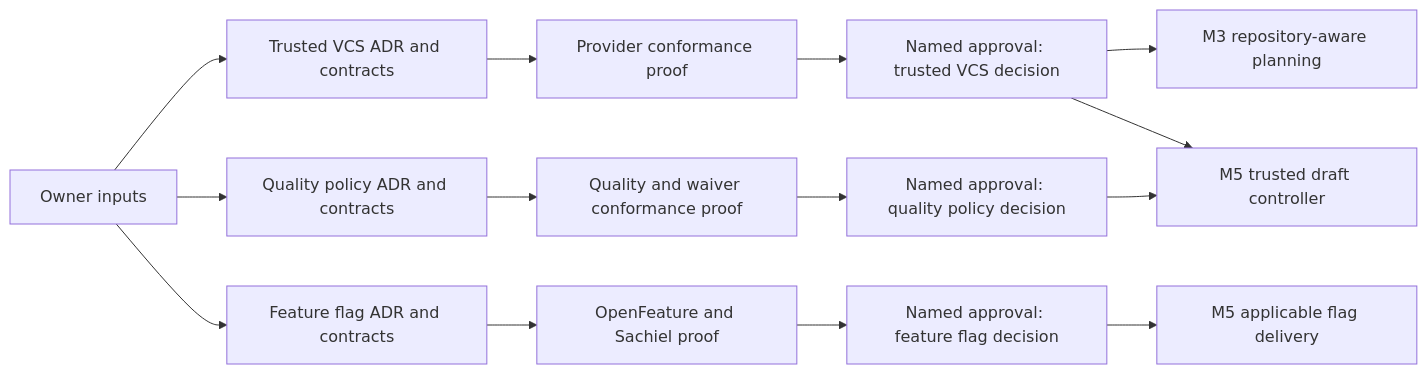
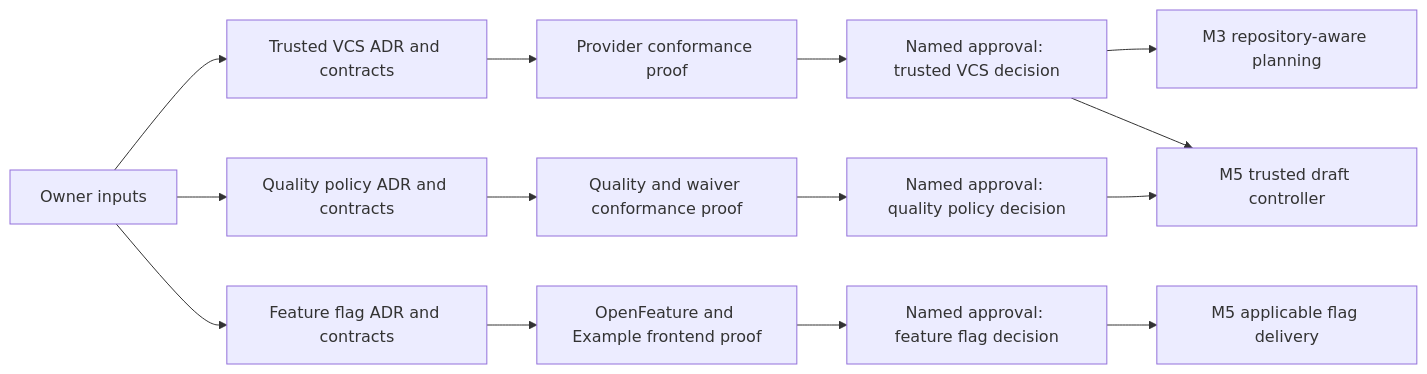
Before and after one commit to faocampo/curve: the diagram in docs/technical/d008-d010-d011-decision-readiness.md, drawn with Mermaid. The commit also changed other lines of this file and 266 other files, not shown here.

````diff
--- a/docs/technical/d008-d010-d011-decision-readiness.md
+++ b/docs/technical/d008-d010-d011-decision-readiness.md
@@ -343,19 +347,19 @@
 ```mermaid
 flowchart LR
     A[Owner inputs] --> B8[Trusted VCS ADR and contracts]
     A --> B10[Quality policy ADR and contracts]
     A --> B11[Feature flag ADR and contracts]
 
     B8 --> C8[Provider conformance proof]
     B10 --> C10[Quality and waiver conformance proof]
-    B11 --> C11[OpenFeature and Sachiel proof]
+    B11 --> C11[OpenFeature and Example frontend proof]
 
     C8 --> D8[Named approval: trusted VCS decision]
     C10 --> D10[Named approval: quality policy decision]
     C11 --> D11[Named approval: feature flag decision]
 
     D8 --> M3[M3 repository-aware planning]
     D8 --> M5A[M5 trusted draft controller]
     D10 --> M5A
     D11 --> M5B[M5 applicable flag delivery]
 ```
````
